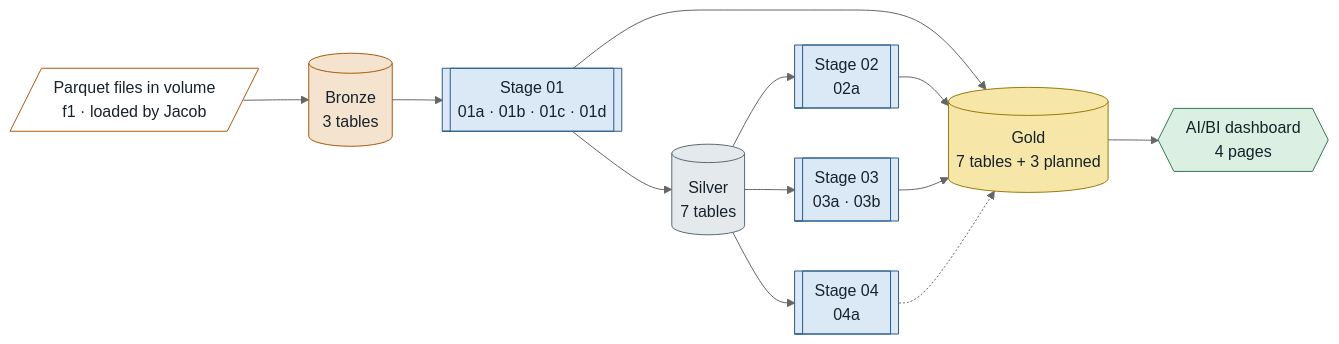
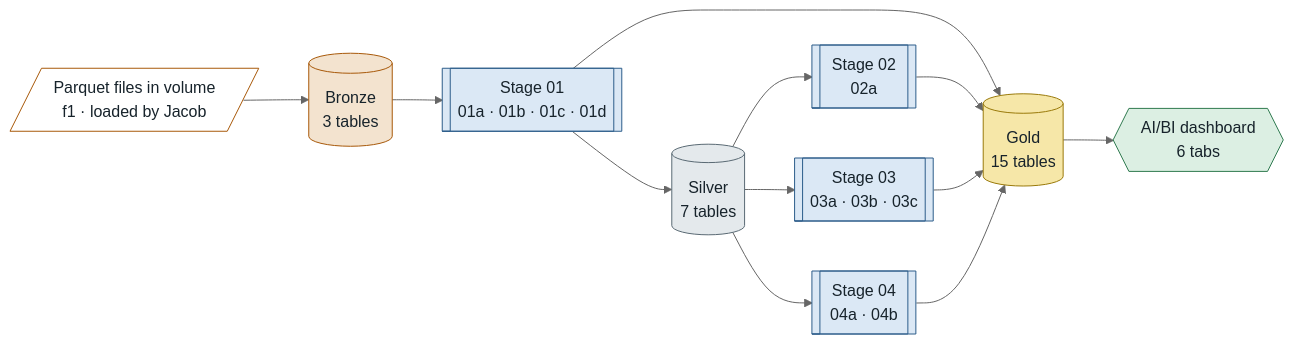
One commit to Angie629/dsmlc2026 changed the first of 4 diagrams in docs/notebooks_and_data_flow.md. Above: the diagram before and after it, drawn with Mermaid (neutral theme). The commit also changed other lines of this file and 4 other files, not shown here.

````diff
--- a/docs/notebooks_and_data_flow.md
+++ b/docs/notebooks_and_data_flow.md
@@ -60,26 +60,26 @@
 ```mermaid
 flowchart LR
   classDef bronze fill:#f3e3cf,stroke:#a8590a,color:#17232b
   classDef silver fill:#e4e9ec,stroke:#5a6a74,color:#17232b
   classDef gold fill:#f6e7a8,stroke:#9a7a0a,color:#17232b
   classDef nb fill:#dbe8f5,stroke:#2c5d8a,color:#17232b
   classDef load fill:#ffffff,stroke:#a8590a,color:#17232b
   classDef dash fill:#dcefe3,stroke:#2f7a4f,color:#17232b
 
   F[/"#nbsp;Parquet files in volume#nbsp;<br>#nbsp;f1 · loaded by Jacob#nbsp;"/]:::load
   B[("#nbsp;#nbsp;Bronze#nbsp;#nbsp;<br>3 tables")]:::bronze
   S01[["#nbsp;Stage 01#nbsp;<br>01a · 01b · 01c · 01d"]]:::nb
   SV[("#nbsp;#nbsp;Silver#nbsp;#nbsp;<br>7 tables")]:::silver
   S02[["#nbsp;Stage 02#nbsp;<br>02a"]]:::nb
-  S03[["#nbsp;Stage 03#nbsp;<br>03a · 03b"]]:::nb
-  S04[["#nbsp;Stage 04#nbsp;<br>04a"]]:::nb
-  G[("#nbsp;#nbsp;Gold#nbsp;#nbsp;<br>7 tables + 3 planned")]:::gold
-  D{{"#nbsp;AI/BI dashboard#nbsp;<br>4 pages"}}:::dash
+  S03[["#nbsp;Stage 03#nbsp;<br>03a · 03b · 03c"]]:::nb
+  S04[["#nbsp;Stage 04#nbsp;<br>04a · 04b"]]:::nb
+  G[("#nbsp;#nbsp;Gold#nbsp;#nbsp;<br>15 tables")]:::gold
+  D{{"#nbsp;AI/BI dashboard#nbsp;<br>6 tabs"}}:::dash
 
   F --> B --> S01 --> SV
   S01 --> G
   SV --> S02 --> G
   SV --> S03 --> G
-  SV --> S04 -.-> G
+  SV --> S04 --> G
   G --> D
 ```
````
